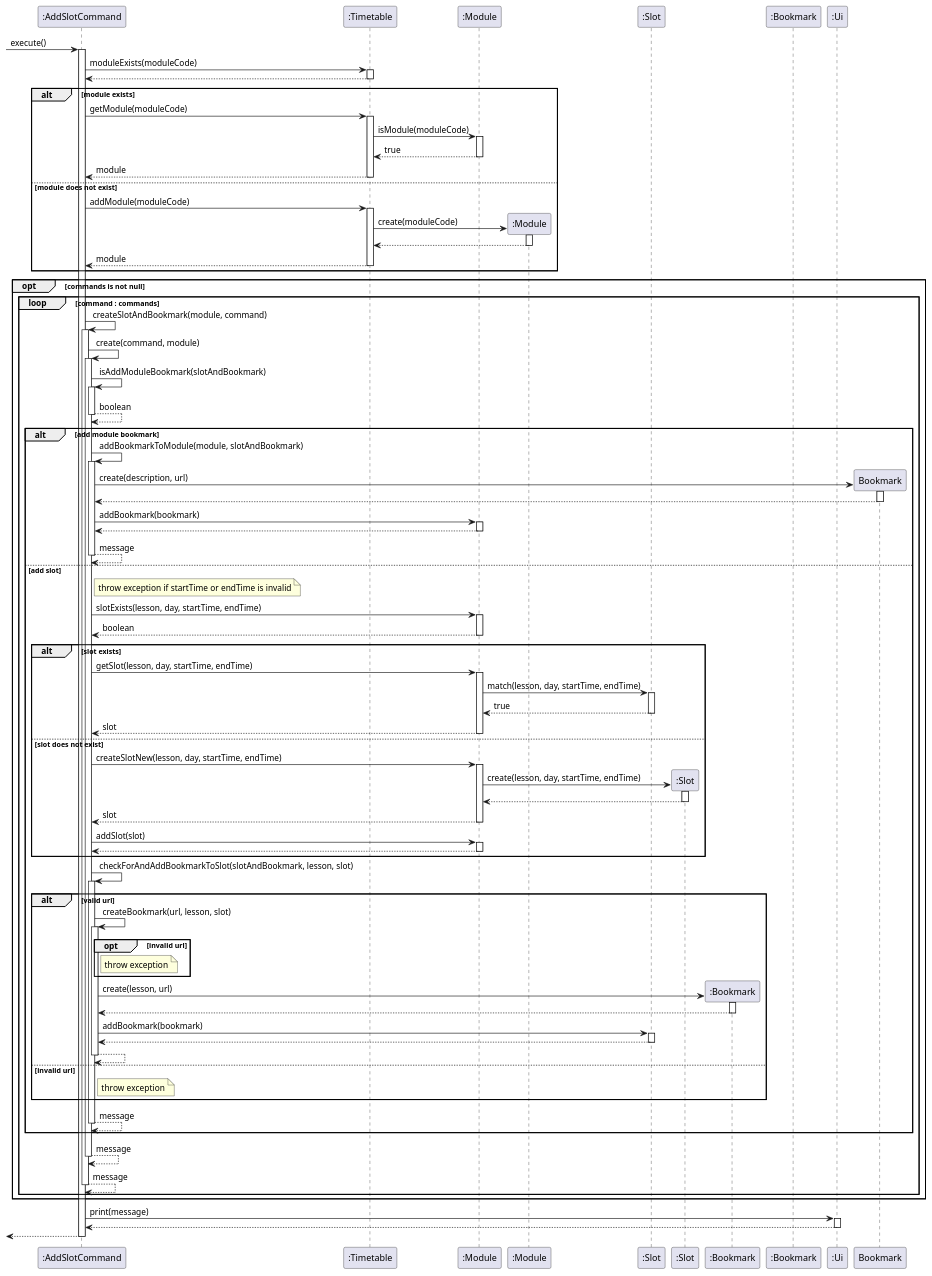
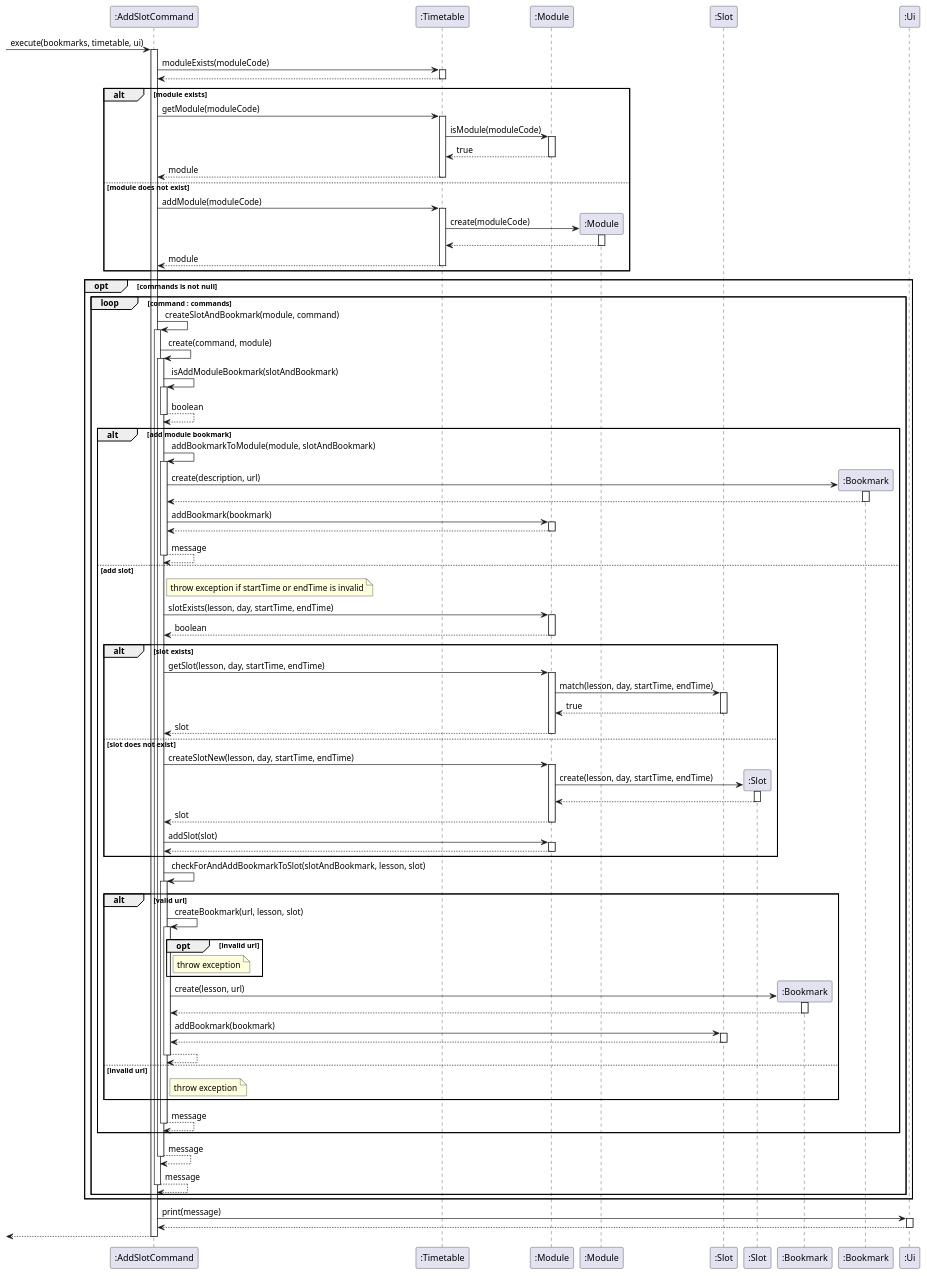
Before and after one commit to nus-cs2113-AY2021S1/tp: the diagram in docs/diagrams/addSlotSequenceDiagram.puml, drawn with PlantUML. The commit also changed 2 other files, not shown here.

Commit message:
update sequence diagram for executing addSlotCommand

```diff
--- a/docs/diagrams/addSlotSequenceDiagram.puml
+++ b/docs/diagrams/addSlotSequenceDiagram.puml
@@ -1,178 +1,178 @@
 @startuml
 
 participant ":AddSlotCommand" as AddSlotCommand
 participant ":Timetable" as Timetable
 participant ":Module" as Module
 participant ":Module" as ModuleNew
 participant ":Slot" as Slot
 participant ":Slot" as SlotNew
 participant ":Bookmark" as BookmarkSlot
 participant ":Bookmark" as BookmarkModule
 participant ":Ui" as Ui
 
 
 
 
-[-> AddSlotCommand : execute()
+[-> AddSlotCommand : execute(bookmarks, timetable, ui)
 activate AddSlotCommand
 
 AddSlotCommand -> Timetable : moduleExists(moduleCode)
 activate Timetable
 
 Timetable --> AddSlotCommand
 deactivate Timetable
 
 alt module exists
     AddSlotCommand -> Timetable : getModule(moduleCode)
     activate Timetable
 
     Timetable -> Module : isModule(moduleCode)
     activate Module
 
     Module --> Timetable : true
     deactivate Module
 
     Timetable --> AddSlotCommand : module
     deactivate Timetable
 
 else module does not exist
     AddSlotCommand -> Timetable : addModule(moduleCode)
     activate Timetable
 
     Timetable -> ModuleNew ** : create(moduleCode)
     activate ModuleNew
 
     ModuleNew --> Timetable
     deactivate ModuleNew
 
     Timetable --> AddSlotCommand : module
     deactivate Timetable
 end
 
 opt commands is not null
     loop command : commands
         AddSlotCommand -> AddSlotCommand : createSlotAndBookmark(module, command)
         activate AddSlotCommand
 
         AddSlotCommand -> AddSlotCommand : create(command, module)
         activate AddSlotCommand
 
         AddSlotCommand -> AddSlotCommand : isAddModuleBookmark(slotAndBookmark)
         activate AddSlotCommand
 
         AddSlotCommand --> AddSlotCommand : boolean
         deactivate AddSlotCommand
 
         alt add module bookmark
             AddSlotCommand -> AddSlotCommand : addBookmarkToModule(module, slotAndBookmark)
             activate AddSlotCommand
 
-            AddSlotCommand -> Bookmark ** : create(description, url)
-            activate Bookmark
+            AddSlotCommand -> BookmarkModule ** : create(description, url)
+            activate BookmarkModule
 
-            Bookmark --> AddSlotCommand
-            deactivate Bookmark
+            BookmarkModule --> AddSlotCommand
+            deactivate BookmarkModule
 
             AddSlotCommand -> Module : addBookmark(bookmark)
             activate Module
 
             Module --> AddSlotCommand
             deactivate Module
 
             AddSlotCommand --> AddSlotCommand : message
             deactivate AddSlotCommand
         else add slot
 
             note right of AddSlotCommand : throw exception if startTime or endTime is invalid
 
             AddSlotCommand -> Module : slotExists(lesson, day, startTime, endTime)
             activate Module
 
             Module --> AddSlotCommand : boolean
             deactivate Module
 
             alt slot exists
                 AddSlotCommand -> Module : getSlot(lesson, day, startTime, endTime)
                 activate Module
 
                 Module -> Slot : match(lesson, day, startTime, endTime)
                 activate Slot
 
                 Slot --> Module : true
                 deactivate Slot
 
                 Module --> AddSlotCommand : slot
                 deactivate Module
             else slot does not exist
                 AddSlotCommand -> Module : createSlotNew(lesson, day, startTime, endTime)
                 activate Module
 
                 Module -> SlotNew ** : create(lesson, day, startTime, endTime)
                 activate SlotNew
 
                 SlotNew --> Module
                 deactivate SlotNew
 
                 Module --> AddSlotCommand : slot
                 deactivate Module
 
                 AddSlotCommand -> Module : addSlot(slot)
                 activate Module
 
                 Module --> AddSlotCommand
                 deactivate Module
             end
 
             AddSlotCommand -> AddSlotCommand : checkForAndAddBookmarkToSlot(slotAndBookmark, lesson, slot)
             activate AddSlotCommand
 
             alt valid url
                 AddSlotCommand -> AddSlotCommand : createBookmark(url, lesson, slot)
                 activate AddSlotCommand
 
                 opt invalid url
                     note right of AddSlotCommand : throw exception
                 end
 
                 AddSlotCommand -> BookmarkSlot ** : create(lesson, url)
                 activate BookmarkSlot
 
                 BookmarkSlot --> AddSlotCommand
                 deactivate BookmarkSlot
 
                 AddSlotCommand -> Slot : addBookmark(bookmark)
                 activate Slot
 
                 Slot --> AddSlotCommand
                 deactivate Slot
 
                 AddSlotCommand --> AddSlotCommand
                 deactivate AddSlotCommand
             else invalid url
                 note right of AddSlotCommand : throw exception
             end
 
             AddSlotCommand --> AddSlotCommand : message
             deactivate AddSlotCommand
         end
 
 
         AddSlotCommand --> AddSlotCommand : message
         deactivate AddSlotCommand
 
         AddSlotCommand --> AddSlotCommand : message
         deactivate AddSlotCommand
     end
 end
 
 
 AddSlotCommand -> Ui : print(message)
 activate Ui
 
 Ui --> AddSlotCommand
 deactivate Ui
 
 AddSlotCommand -->[
 deactivate AddSlotCommand
 
 @enduml
```
